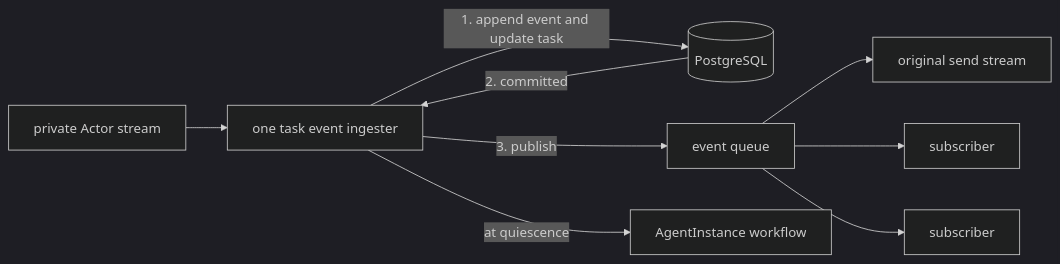
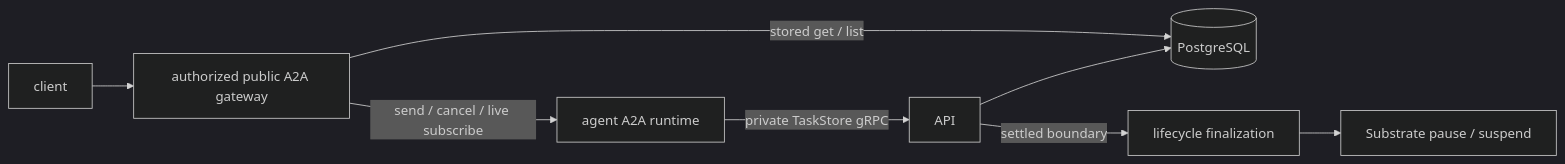
Before and after one commit to kagent-dev/kagent: the diagram in docs/architecture/a2a-gateway.md, drawn with Mermaid (dark theme). The commit also changed other lines of this file and 94 other files, not shown here.

Commit message:
feat: move A2A execution to runtimes with a gRPC TaskStore

````diff
--- a/docs/architecture/a2a-gateway.md
+++ b/docs/architecture/a2a-gateway.md
@@ -25,11 +27,10 @@
 ```mermaid
 flowchart LR
-    ACTOR[private Actor stream] --> INGEST[one task event ingester]
-    INGEST -->|1. append event and update task| DB[(PostgreSQL)]
-    DB -->|2. committed| INGEST
-    INGEST -->|3. publish| Q[event queue]
-    Q --> SEND[original send stream]
-    Q --> SUB1[subscriber]
-    Q --> SUB2[subscriber]
-    INGEST -->|at quiescence| SUSPEND[AgentInstance workflow]
+    CLIENT[client] --> GATEWAY[authorized public A2A gateway]
+    GATEWAY -->|send / cancel / live subscribe| RUNTIME[agent A2A runtime]
+    RUNTIME -->|private TaskStore gRPC| API[API]
+    API --> DB[(PostgreSQL)]
+    GATEWAY -->|stored get / list| DB
+    API -->|settled boundary| WORKER[lifecycle finalization]
+    WORKER --> SUBSTRATE[Substrate pause / suspend]
 ```
````
